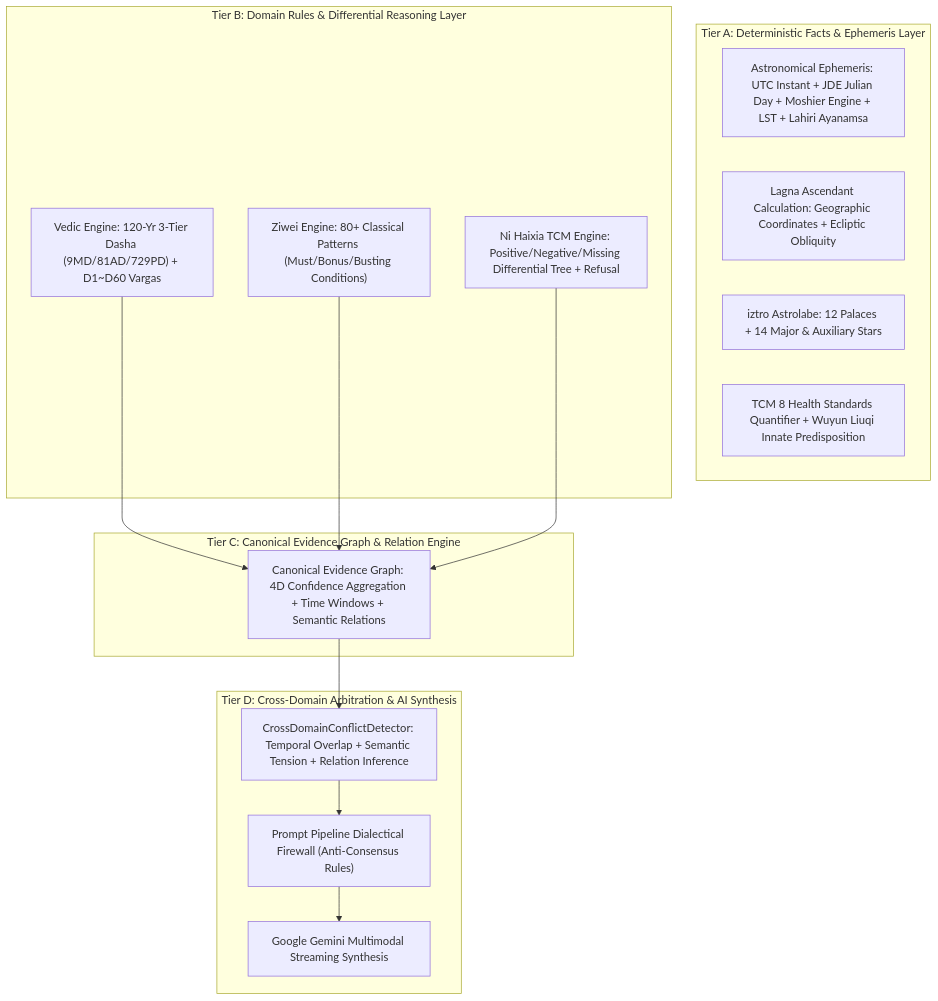
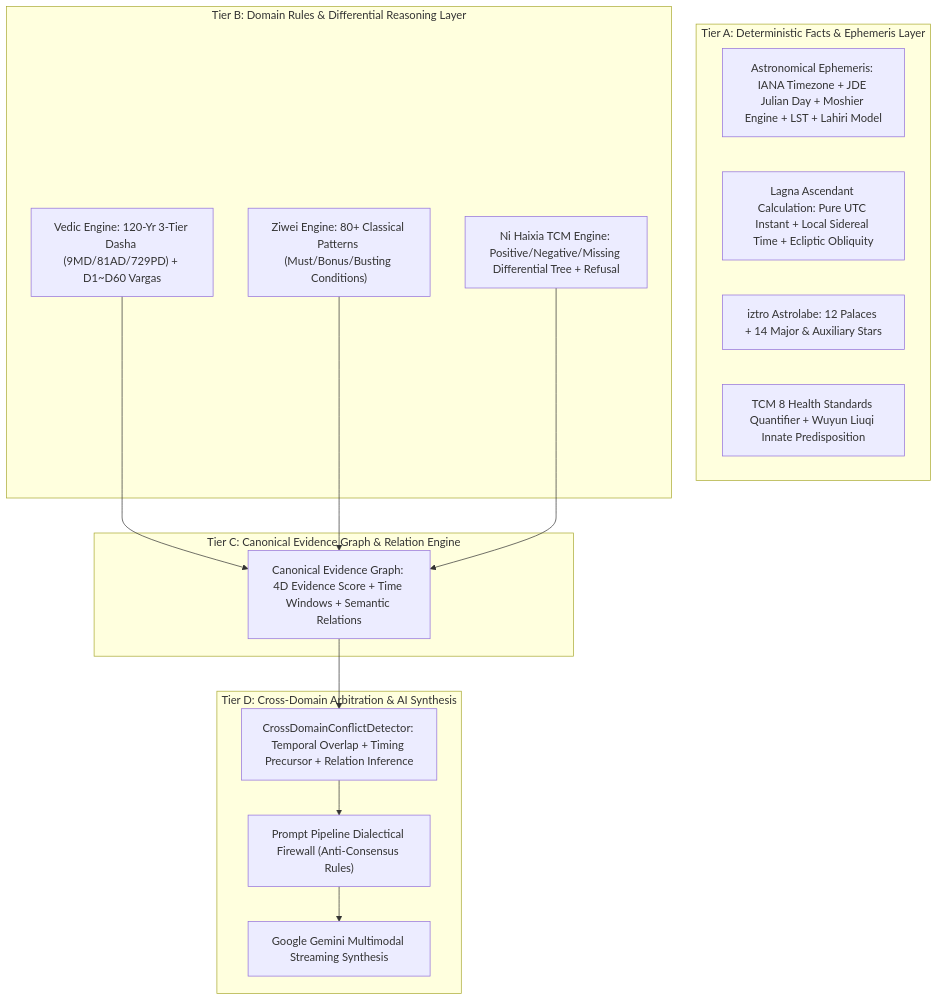
The diagram in README_EN.md (MeiSiristhebest/mystic), drawn with Mermaid before and after one commit. The commit also changed other lines of this file and 13 other files, not shown here.

Commit message:
fix(correctness): enforce IANA timezones, true solar ephemeris, fail-fast assertions and temporal relation inference

````diff
--- a/README_EN.md
+++ b/README_EN.md
@@ -72,29 +72,29 @@
 ```mermaid
 graph TD
     subgraph Layer1 [Tier A: Deterministic Facts & Ephemeris Layer]
-        Ephem["Astronomical Ephemeris: UTC Instant + JDE Julian Day + Moshier Engine + LST + Lahiri Ayanamsa"]
-        Asc["Lagna Ascendant Calculation: Geographic Coordinates + Ecliptic Obliquity"]
+        Ephem["Astronomical Ephemeris: IANA Timezone + JDE Julian Day + Moshier Engine + LST + Lahiri Model"]
+        Asc["Lagna Ascendant Calculation: Pure UTC Instant + Local Sidereal Time + Ecliptic Obliquity"]
         Iztro["iztro Astrolabe: 12 Palaces + 14 Major & Auxiliary Stars"]
         TcmStd["TCM 8 Health Standards Quantifier + Wuyun Liuqi Innate Predisposition"]
     end
 
     subgraph Layer2 [Tier B: Domain Rules & Differential Reasoning Layer]
         V_Engine["Vedic Engine: 120-Yr 3-Tier Dasha (9MD/81AD/729PD) + D1~D60 Vargas"]
         Z_Engine["Ziwei Engine: 80+ Classical Patterns (Must/Bonus/Busting Conditions)"]
         T_Engine["Ni Haixia TCM Engine: Positive/Negative/Missing Differential Tree + Refusal"]
     end
 
     subgraph Layer3 [Tier C: Canonical Evidence Graph & Relation Engine]
-        CEG["Canonical Evidence Graph: 4D Confidence Aggregation + Time Windows + Semantic Relations"]
+        CEG["Canonical Evidence Graph: 4D Evidence Score + Time Windows + Semantic Relations"]
         V_Engine --> CEG
         Z_Engine --> CEG
         T_Engine --> CEG
     end
 
     subgraph Layer4 [Tier D: Cross-Domain Arbitration & AI Synthesis]
-        Arbitrator["CrossDomainConflictDetector: Temporal Overlap + Semantic Tension + Relation Inference"]
+        Arbitrator["CrossDomainConflictDetector: Temporal Overlap + Timing Precursor + Relation Inference"]
         CEG --> Arbitrator
         Arbitrator --> Firewall["Prompt Pipeline Dialectical Firewall (Anti-Consensus Rules)"]
         Firewall --> LLM["Google Gemini Multimodal Streaming Synthesis"]
     end
 ```
````
